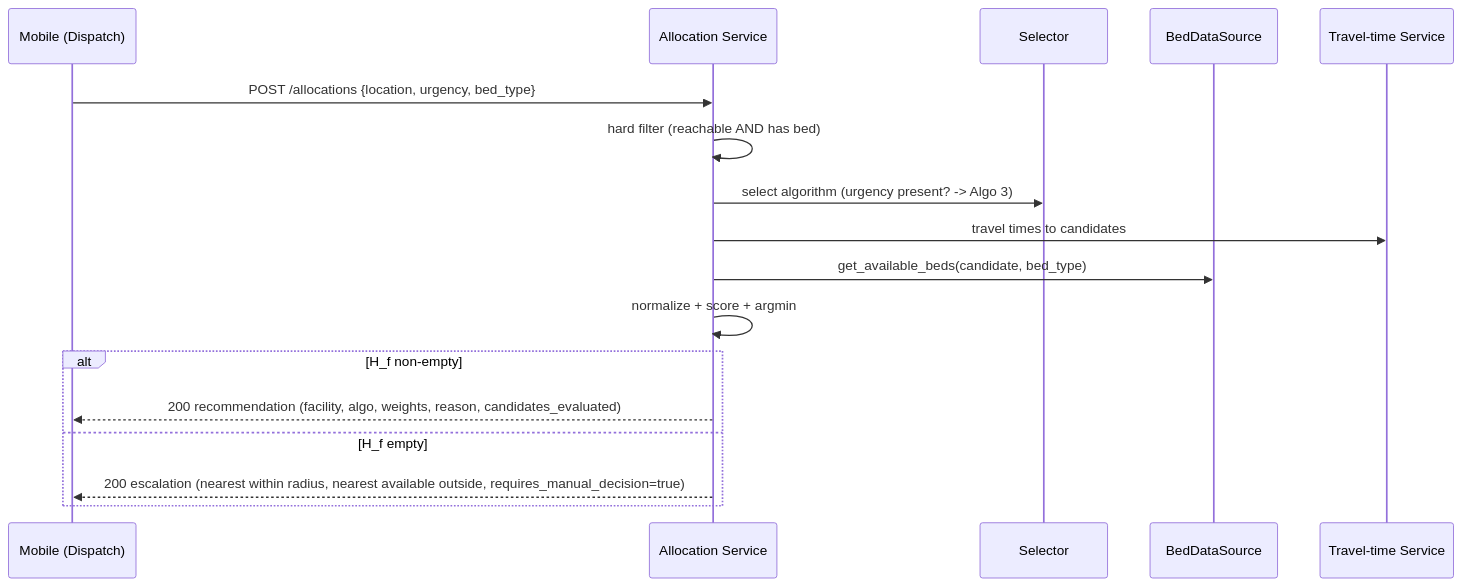
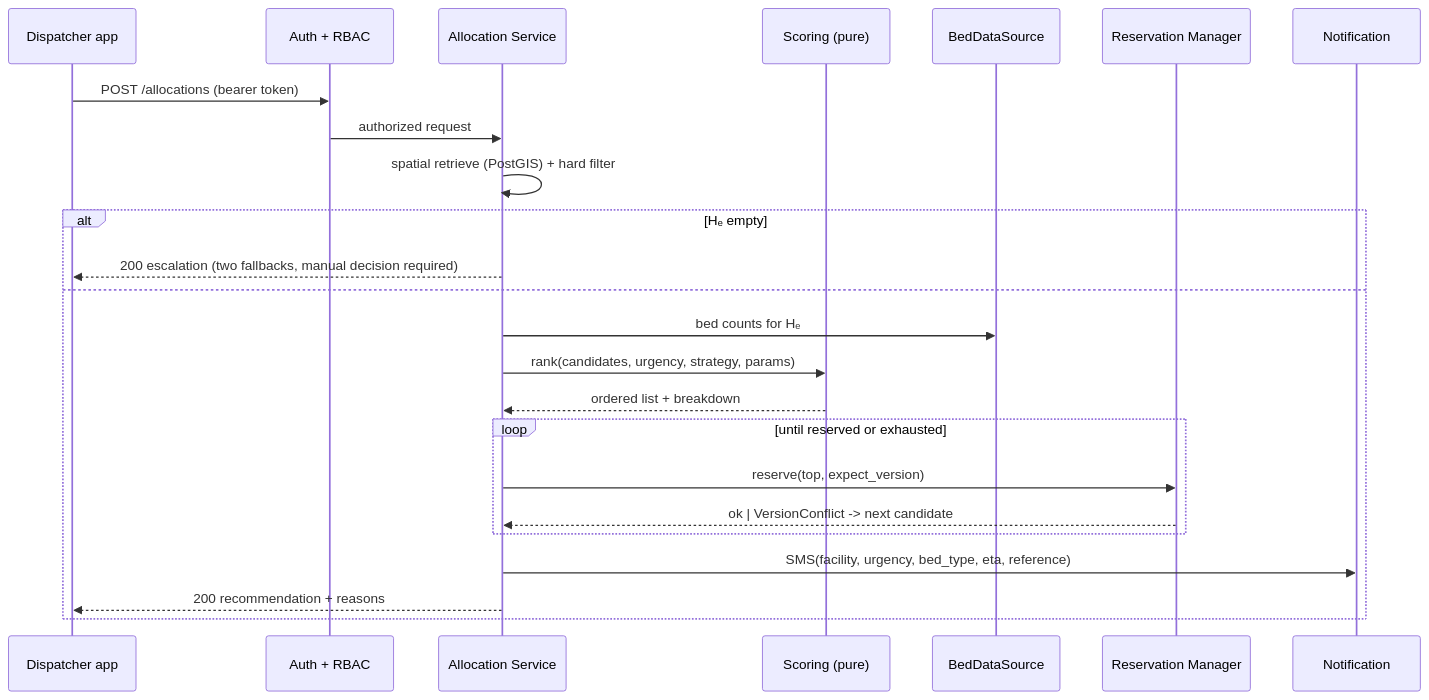
The second of 2 diagrams in docs/01-architecture.md (wisdomdzontoh/ebads), drawn with Mermaid before and after one commit. The commit also changed other lines of this file and 191 other files, not shown here.

````diff
--- a/docs/01-architecture.md
+++ b/docs/01-architecture.md
@@ -96,19 +109,26 @@
 ```mermaid
 sequenceDiagram
-  participant M as Mobile (Dispatch)
-  participant A as Allocation Service
-  participant S as Selector
+  participant D as Dispatcher app
+  participant A as Auth + RBAC
+  participant AL as Allocation Service
+  participant S as Scoring (pure)
   participant B as BedDataSource
-  participant T as Travel-time Service
-  M->>A: POST /allocations {location, urgency, bed_type}
-  A->>A: hard filter (reachable AND has bed)
-  A->>S: select algorithm (urgency present? -> Algo 3)
-  A->>T: travel times to candidates
-  A->>B: get_available_beds(candidate, bed_type)
-  A->>A: normalize + score + argmin
-  alt H_f non-empty
-    A-->>M: 200 recommendation (facility, algo, weights, reason, candidates_evaluated)
-  else H_f empty
-    A-->>M: 200 escalation (nearest within radius, nearest available outside, requires_manual_decision=true)
+  participant R as Reservation Manager
+  participant N as Notification
+  D->>A: POST /allocations (bearer token)
+  A->>AL: authorized request
+  AL->>AL: spatial retrieve (PostGIS) + hard filter
+  alt Hₑ empty
+    AL-->>D: 200 escalation (two fallbacks, manual decision required)
+  else
+    AL->>B: bed counts for Hₑ
+    AL->>S: rank(candidates, urgency, strategy, params)
+    S-->>AL: ordered list + breakdown
+    loop until reserved or exhausted
+      AL->>R: reserve(top, expect_version)
+      R-->>AL: ok | VersionConflict -> next candidate
+    end
+    AL->>N: SMS(facility, urgency, bed_type, eta, reference)
+    AL-->>D: 200 recommendation + reasons
   end
 ```
````
